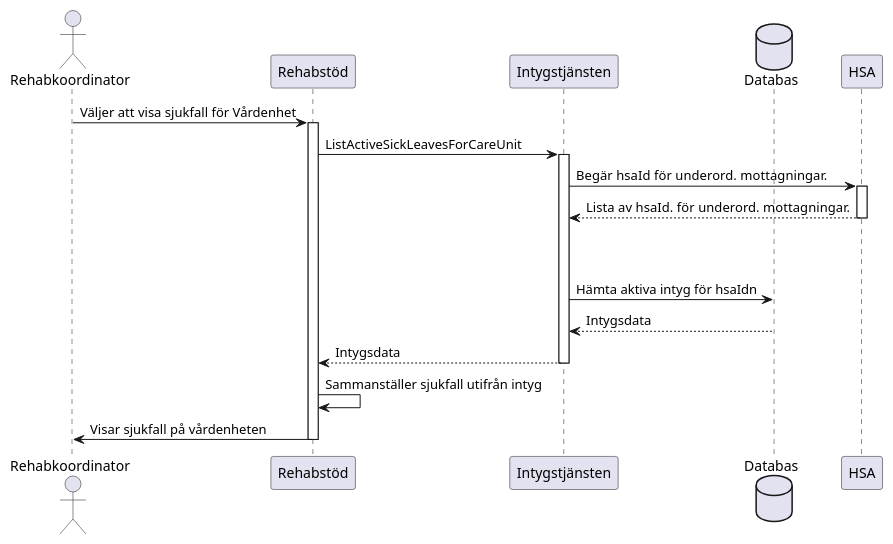
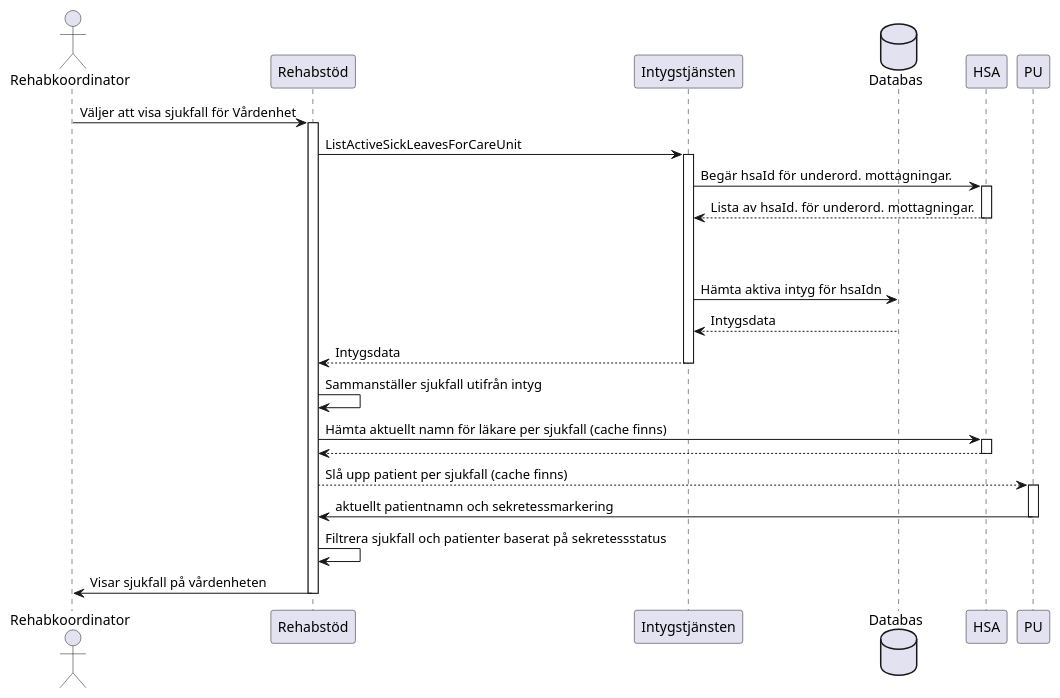
Before and after one commit to sklintyg/rehabstod: the diagram in docs/plantuml/sok-sjukfall-rk.puml, drawn with PlantUML. The commit also changed 3 other files, not shown here.

Commit message:
DEVENV: Uppdaterar uml diagram för visa sjukfall sekvens

```diff
--- a/docs/plantuml/sok-sjukfall-rk.puml
+++ b/docs/plantuml/sok-sjukfall-rk.puml
@@ -1,22 +1,32 @@
 @startuml
 actor Rehabkoordinator
 Rehabkoordinator -> Rehabstöd: Väljer att visa sjukfall för Vårdenhet
 activate Rehabstöd
     Rehabstöd -> Intygstjänsten: ListActiveSickLeavesForCareUnit
 
     database Databas
     activate Intygstjänsten
         Intygstjänsten -> HSA: Begär hsaId för underord. mottagningar.
         activate HSA
             HSA --> Intygstjänsten: Lista av hsaId. för underord. mottagningar.
         deactivate HSA
         |||
         |||
         Intygstjänsten -> Databas: Hämta aktiva intyg för hsaIdn
         Databas --> Intygstjänsten: Intygsdata
         Intygstjänsten --> Rehabstöd: Intygsdata
     deactivate Intygstjänsten
     Rehabstöd -> Rehabstöd: Sammanställer sjukfall utifrån intyg
+    Rehabstöd -> HSA: Hämta aktuellt namn för läkare per sjukfall (cache finns)
+    activate HSA
+       HSA --> Rehabstöd
+    deactivate HSA
+        Rehabstöd --> PU: Slå upp patient per sjukfall (cache finns)
+    activate PU
+        PU -> Rehabstöd: aktuellt patientnamn och sekretessmarkering
+    deactivate PU
+    Rehabstöd -> Rehabstöd: Filtrera sjukfall och patienter baserat på sekretessstatus
+
     Rehabstöd -> Rehabkoordinator: Visar sjukfall på vårdenheten
 deactivate Rehabstöd
 @enduml
```
